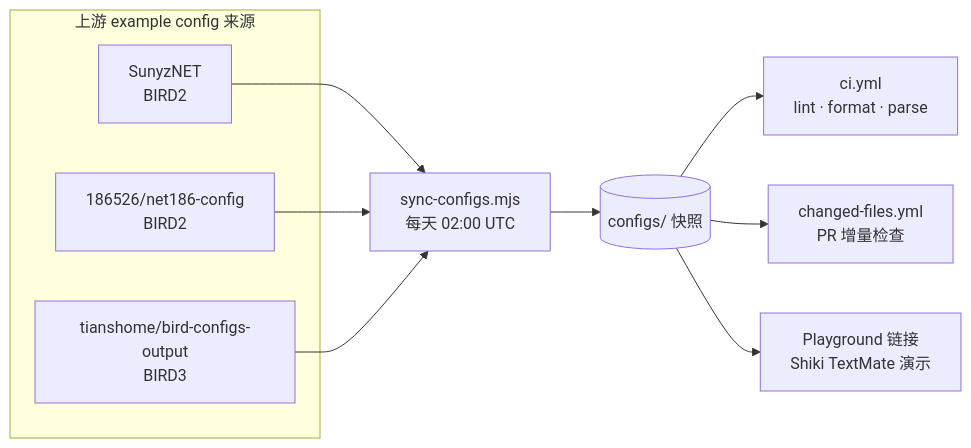
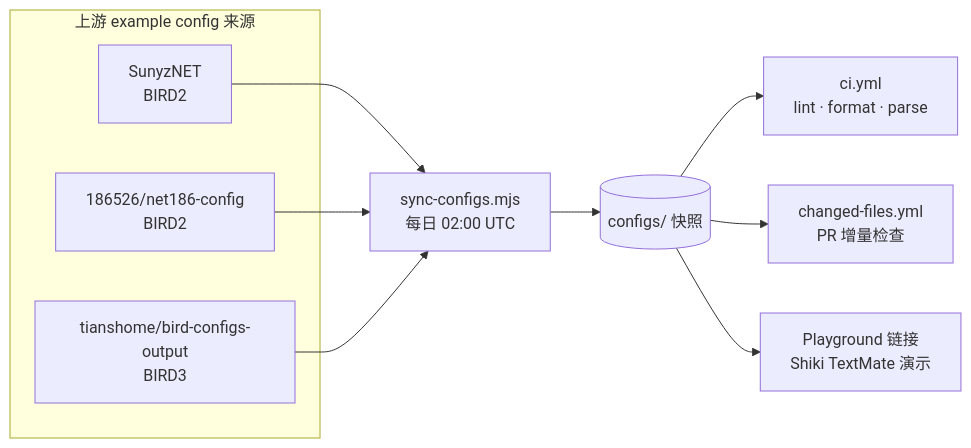
One commit to bird-chinese-community/birdcc-ci-test changed the diagram in README.zh.md. Above: the diagram before and after it, drawn with Mermaid. The commit also changed other lines of this file and 1 other file, not shown here.

````diff
--- a/README.zh.md
+++ b/README.zh.md
@@ -59,22 +46,22 @@
 ```mermaid
 flowchart LR
   subgraph Upstream[上游 example config 来源]
     S1[SunyzNET<br/>BIRD2]
     S2[186526/net186-config<br/>BIRD2]
     S3[tianshome/bird-configs-output<br/>BIRD3]
   end
 
-  Sync[sync-configs.mjs<br/>每天 02:00 UTC]
+  Sync[sync-configs.mjs<br/>每日 02:00 UTC]
   Snapshots[(configs/ 快照)]
   CI[ci.yml<br/>lint · format · parse]
   Delta[changed-files.yml<br/>PR 增量检查]
   Playground[Playground 链接<br/>Shiki TextMate 演示]
 
   S1 --> Sync
   S2 --> Sync
   S3 --> Sync
   Sync --> Snapshots
   Snapshots --> CI
   Snapshots --> Delta
   Snapshots --> Playground
 ```
````
